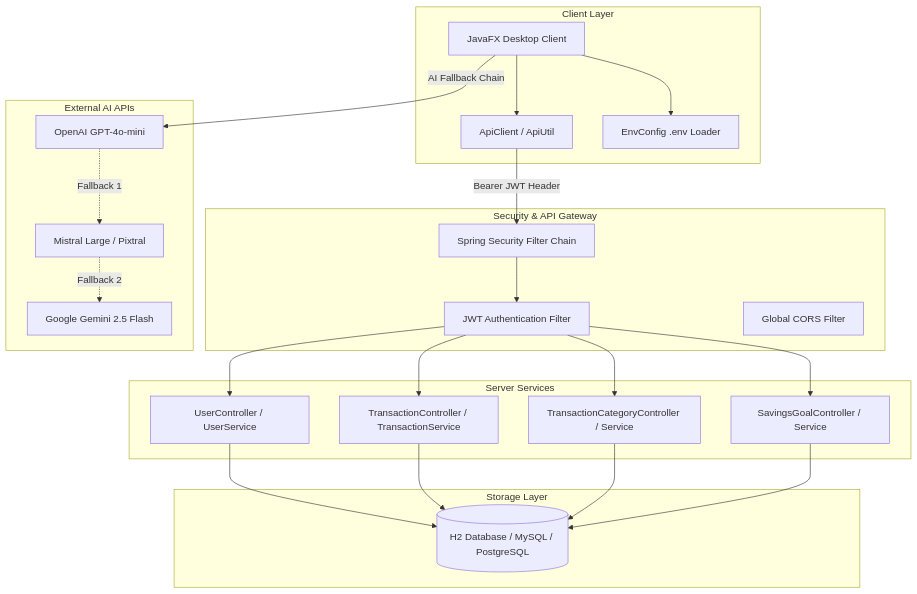
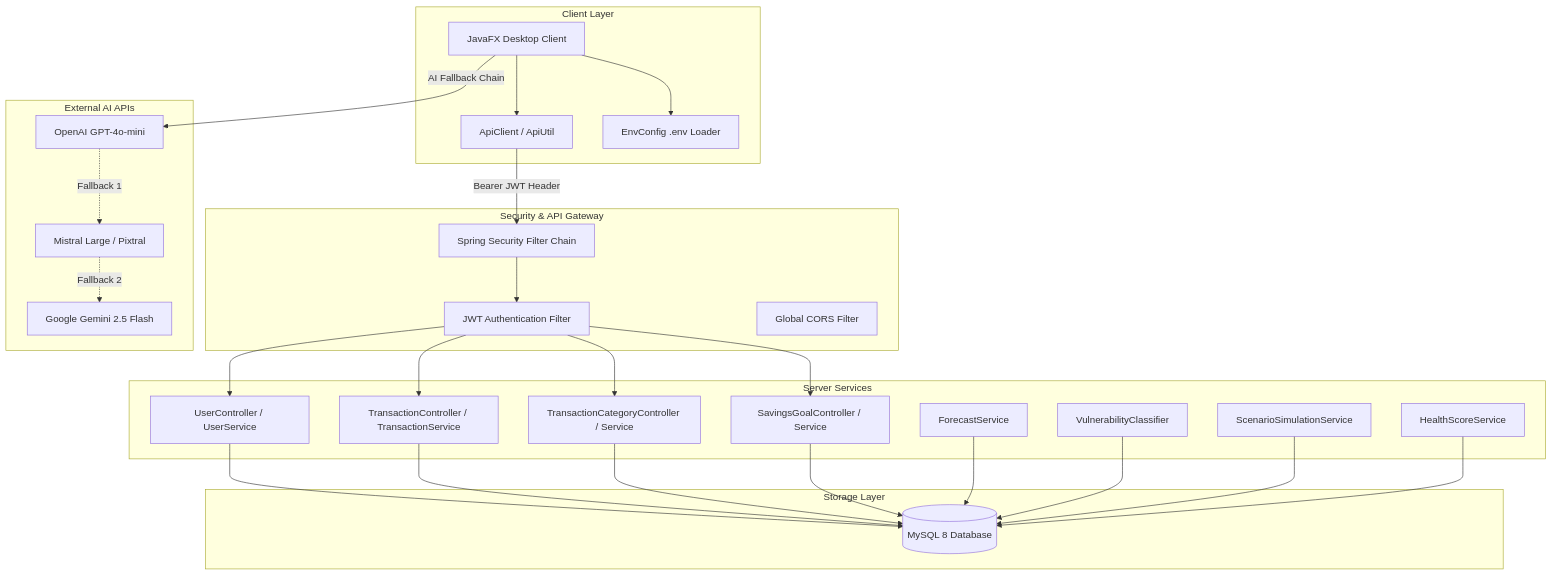
One commit to logithraja/JAVA_PBL_FINTEL changed the diagram in README.md. Above: the diagram before and after it, drawn with Mermaid. The commit also changed other lines of this file and 192 other files, not shown here.

````diff
--- a/README.md
+++ b/README.md
@@ -193,42 +254,48 @@
 ```mermaid
 graph TD
     subgraph Client Layer
         A[JavaFX Desktop Client]
         AC[ApiClient / ApiUtil]
         Env[EnvConfig .env Loader]
     end
 
     subgraph Security & API Gateway
         Sec[Spring Security Filter Chain]
         JWT[JWT Authentication Filter]
         CORS[Global CORS Filter]
     end
 
     subgraph Server Services
         UC[UserController / UserService]
         TC[TransactionController / TransactionService]
         CC[TransactionCategoryController / Service]
         GC[SavingsGoalController / Service]
+        FS[ForecastService]
+        VS[VulnerabilityClassifier]
+        SS[ScenarioSimulationService]
+        HS[HealthScoreService]
     end
 
     subgraph External AI APIs
         OpenAI[OpenAI GPT-4o-mini]
         Mistral[Mistral Large / Pixtral]
         Gemini[Google Gemini 2.5 Flash]
     end
 
     subgraph Storage Layer
-        DB[(H2 Database / MySQL / PostgreSQL)]
+        DB[(MySQL 8 Database)]
     end
 
     A --> AC
     AC -->|Bearer JWT Header| Sec
     Sec --> JWT
     JWT --> UC & TC & CC & GC
     UC & TC & CC & GC --> DB
-    
+
+    FS & VS & SS & HS --> DB
+
     A --> Env
     A -->|AI Fallback Chain| OpenAI
     OpenAI -.->|Fallback 1| Mistral
     Mistral -.->|Fallback 2| Gemini
 ```
````
